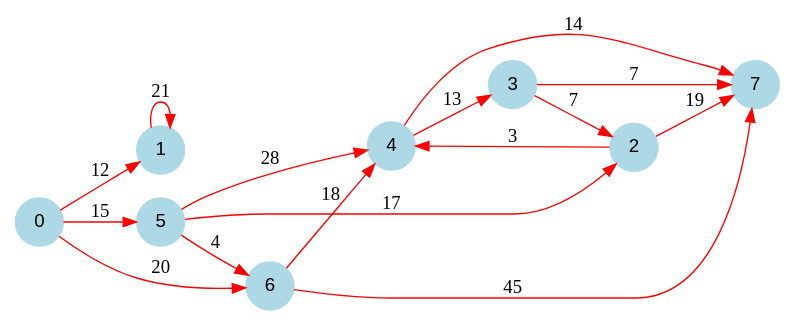
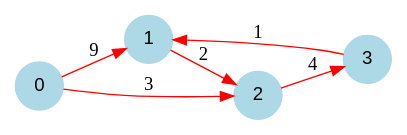
The diagram in programme2/output/dot/graph5.dot (benech17/Shortest-Path), drawn with Graphviz before and after one commit. The commit also changed 19 other files, not shown here.

Commit message:
fichier .la to graph (exemple2) + Readme

```diff
--- a/programme2/output/dot/graph5.dot
+++ b/programme2/output/dot/graph5.dot
@@ -1,20 +1,10 @@
 digraph graphe {
 rankdir = LR;
 node [fontname="Arial", shape = circle, color=lightblue, style=filled];
 edge [color=red]
-	0 -> 1 [label = "12"];
-	0 -> 5 [label = "15"];
-	0 -> 6 [label = "20"];
-	1 -> 1 [label = "21"];
-	2 -> 4 [label = "3"];
-	2 -> 7 [label = "19"];
-	3 -> 2 [label = "7"];
-	3 -> 7 [label = "7"];
-	4 -> 3 [label = "13"];
-	4 -> 7 [label = "14"];
-	5 -> 2 [label = "17"];
-	5 -> 4 [label = "28"];
-	5 -> 6 [label = "4"];
-	6 -> 4 [label = "18"];
-	6 -> 7 [label = "45"];
+	0 -> 1 [label = "9"];
+	0 -> 2 [label = "3"];
+	1 -> 2 [label = "2"];
+	2 -> 3 [label = "4"];
+	3 -> 1 [label = "1"];
 }
```
